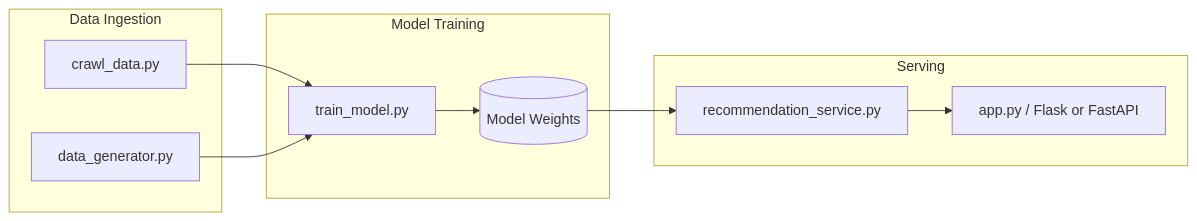
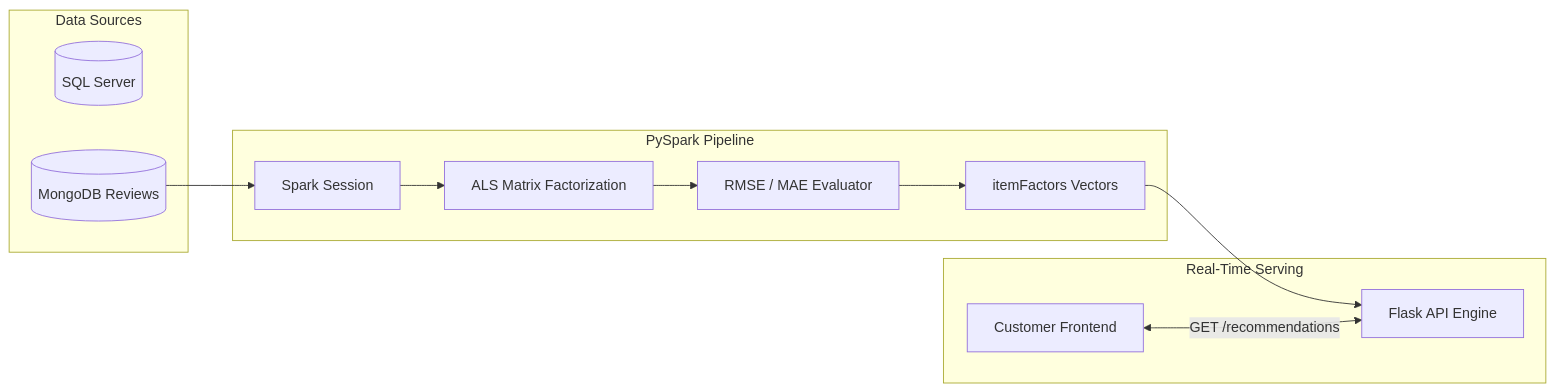
One commit to chuong1210/VShop changed the sixth of 6 diagrams in README.md. Above: the diagram before and after it, drawn with Mermaid. The commit also changed other lines of this file and 1 other file, not shown here.

````diff
--- a/README.md
+++ b/README.md
@@ -182,23 +219,19 @@
 ```mermaid
-graph LR
-    subgraph Data Ingestion
-        CRAWL[crawl_data.py]
-        GEN[data_generator.py]
+flowchart LR
+    subgraph Data Sources
+        SQL[(SQL Server)]
+        Mongo[(MongoDB Reviews)]
     end
     
-    subgraph Model Training
-        TRAIN[train_model.py]
-        STORE[(Model Weights)]
+    subgraph PySpark Pipeline
+        Mongo --> Spark[Spark Session]
+        Spark --> ALS[ALS Matrix Factorization]
+        ALS --> Eval[RMSE / MAE Evaluator]
+        Eval --> Export[itemFactors Vectors]
     end
     
-    subgraph Serving
-        REC[recommendation_service.py]
-        API[app.py / Flask or FastAPI]
+    subgraph Real-Time Serving
+        Export --> API[Flask API Engine]
+        NextJS[Customer Frontend] <-->|GET /recommendations| API
     end
-
-    CRAWL --> TRAIN
-    GEN --> TRAIN
-    TRAIN --> STORE
-    STORE --> REC
-    REC --> API
 ```
````
